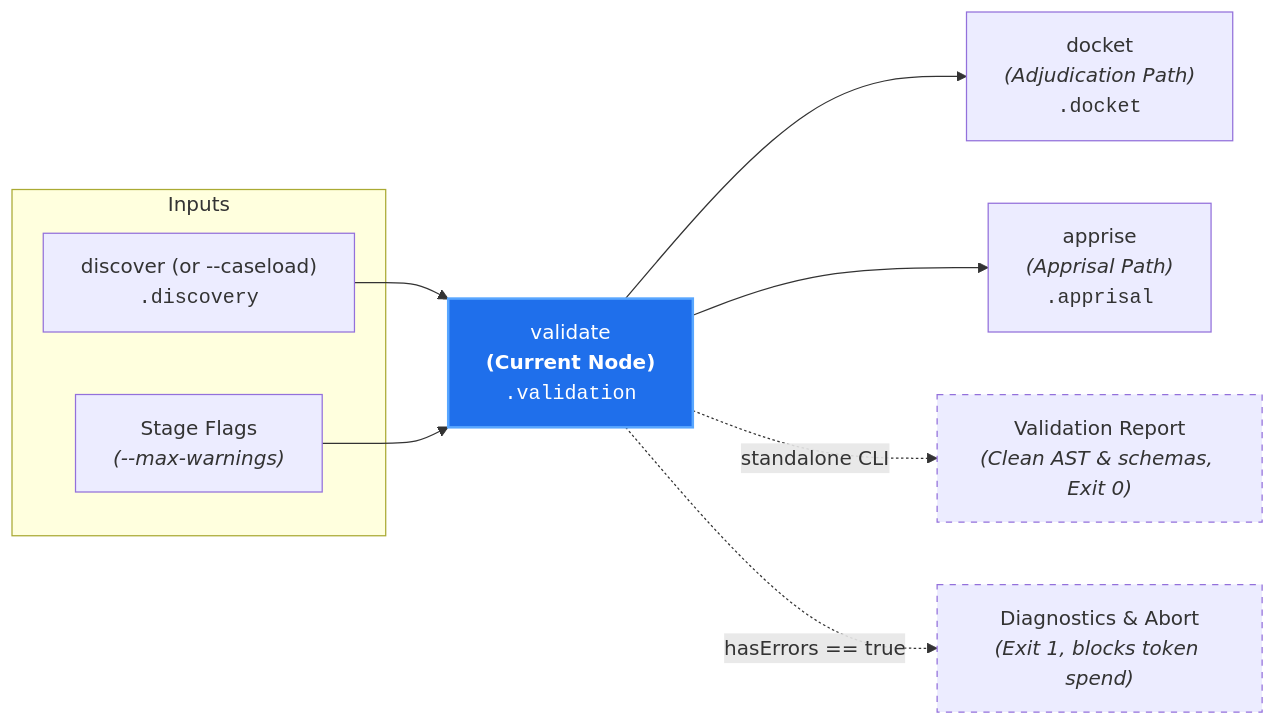
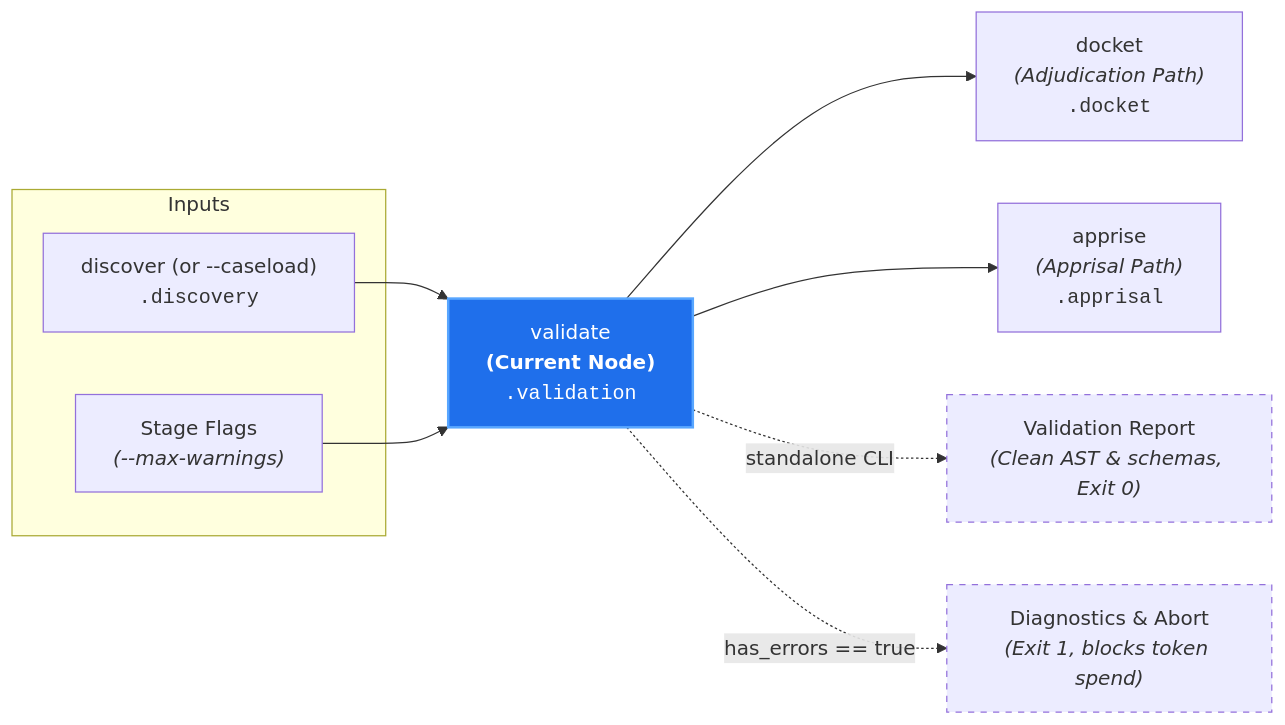
Before and after one commit to PAIR-code/canon-clerk: the diagram in docs/architecture/nodes/validate.md, drawn with Mermaid. The commit also changed other lines of this file and 9 other files, not shown here.

Commit message:
docs(architecture): standardize metric pairs, schemas, and status fields on snake_case

````diff
--- a/docs/architecture/nodes/validate.md
+++ b/docs/architecture/nodes/validate.md
@@ -21,19 +21,19 @@
 ```mermaid
 flowchart LR
     subgraph Inputs["Inputs"]
         Discover["discover (or --caseload)<br/><code>.discovery</code>"]
         Params["Stage Flags<br/><i>(--max-warnings)</i>"]
     end
 
     Discover --> Validate["validate<br/><b>(Current Node)</b><br/><code>.validation</code>"]
     Params --> Validate
 
     Validate --> Docket["docket<br/><i>(Adjudication Path)</i><br/><code>.docket</code>"]
     Validate --> Apprise["apprise<br/><i>(Apprisal Path)</i><br/><code>.apprisal</code>"]
     Validate -. "standalone CLI" .-> ValidReport["Validation Report<br/><i>(Clean AST & schemas, Exit 0)</i>"]
-    Validate -. "hasErrors == true" .-> Abort["Diagnostics & Abort<br/><i>(Exit 1, blocks token spend)</i>"]
+    Validate -. "has_errors == true" .-> Abort["Diagnostics & Abort<br/><i>(Exit 1, blocks token spend)</i>"]
 
     style Validate fill:#1f6feb,stroke:#58a6ff,stroke-width:2px,color:#fff
     style ValidReport stroke-dasharray: 5 5
     style Abort stroke-dasharray: 5 5
 ```
````
